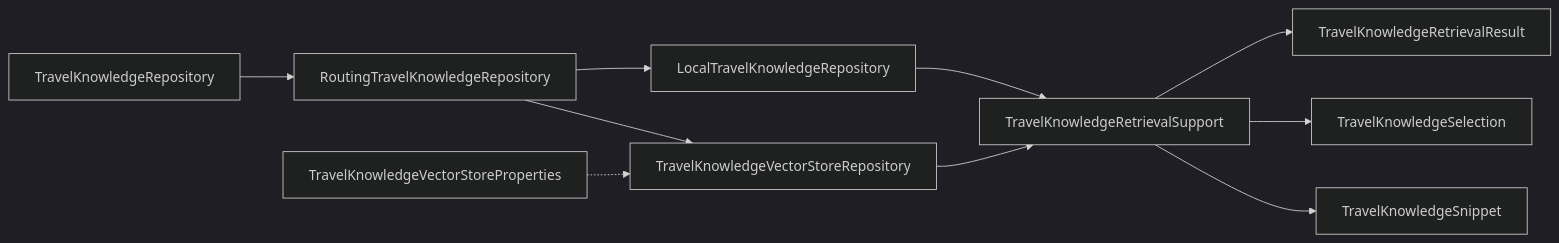
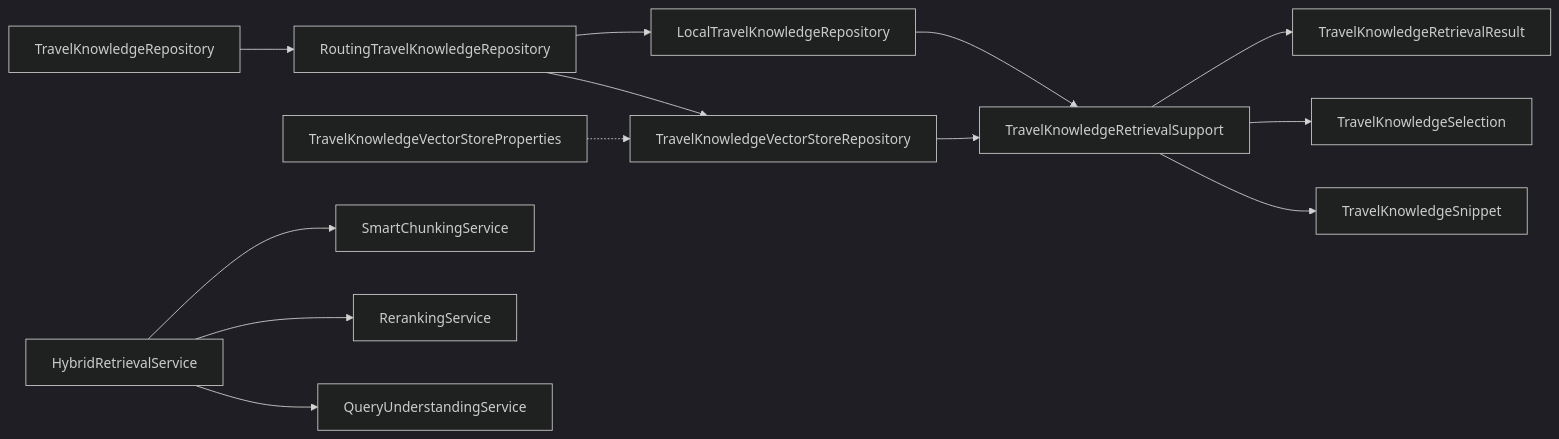
The ninth of 9 diagrams in .qoder/repowiki/zh/content/知识管理系统/RAG实现细节.md (Sinlair/TravelAgent), drawn with Mermaid (dark theme) before and after one commit. The commit also changed other lines of this file and 53 other files, not shown here.

````diff
--- a/.qoder/repowiki/zh/content/知识管理系统/RAG实现细节.md
+++ b/.qoder/repowiki/zh/content/知识管理系统/RAG实现细节.md
@@ -335,12 +465,15 @@
 ```mermaid
 graph LR
 RepoIF["TravelKnowledgeRepository"] --> RouteRepo["RoutingTravelKnowledgeRepository"]
 RouteRepo --> VecRepo["TravelKnowledgeVectorStoreRepository"]
 RouteRepo --> LocRepo["LocalTravelKnowledgeRepository"]
 VecRepo --> Sup["TravelKnowledgeRetrievalSupport"]
 LocRepo --> Sup
 Sup --> Snip["TravelKnowledgeSnippet"]
 Sup --> Sel["TravelKnowledgeSelection"]
 Sup --> Res["TravelKnowledgeRetrievalResult"]
 Cfg["TravelKnowledgeVectorStoreProperties"] -.-> VecRepo
+HRS["HybridRetrievalService"] --> QUS["QueryUnderstandingService"]
+HRS --> RER["RerankingService"]
+HRS --> SCS["SmartChunkingService"]
 ```
````
